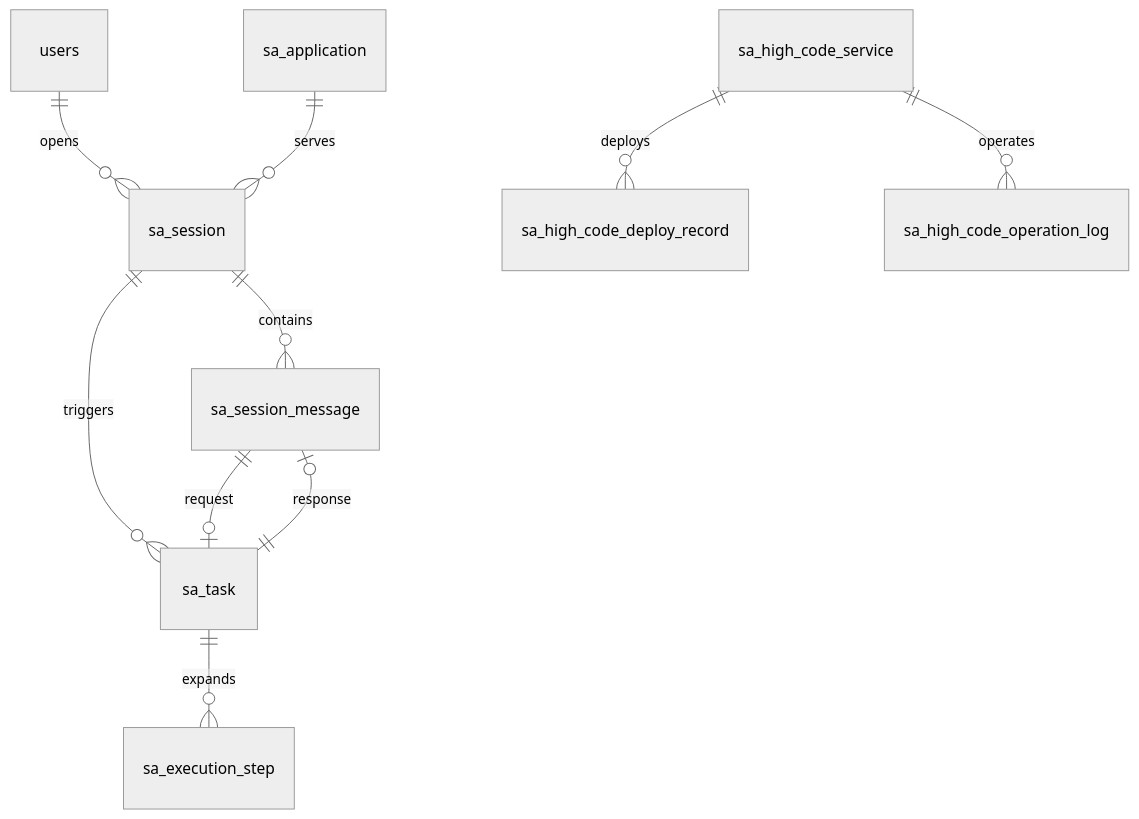
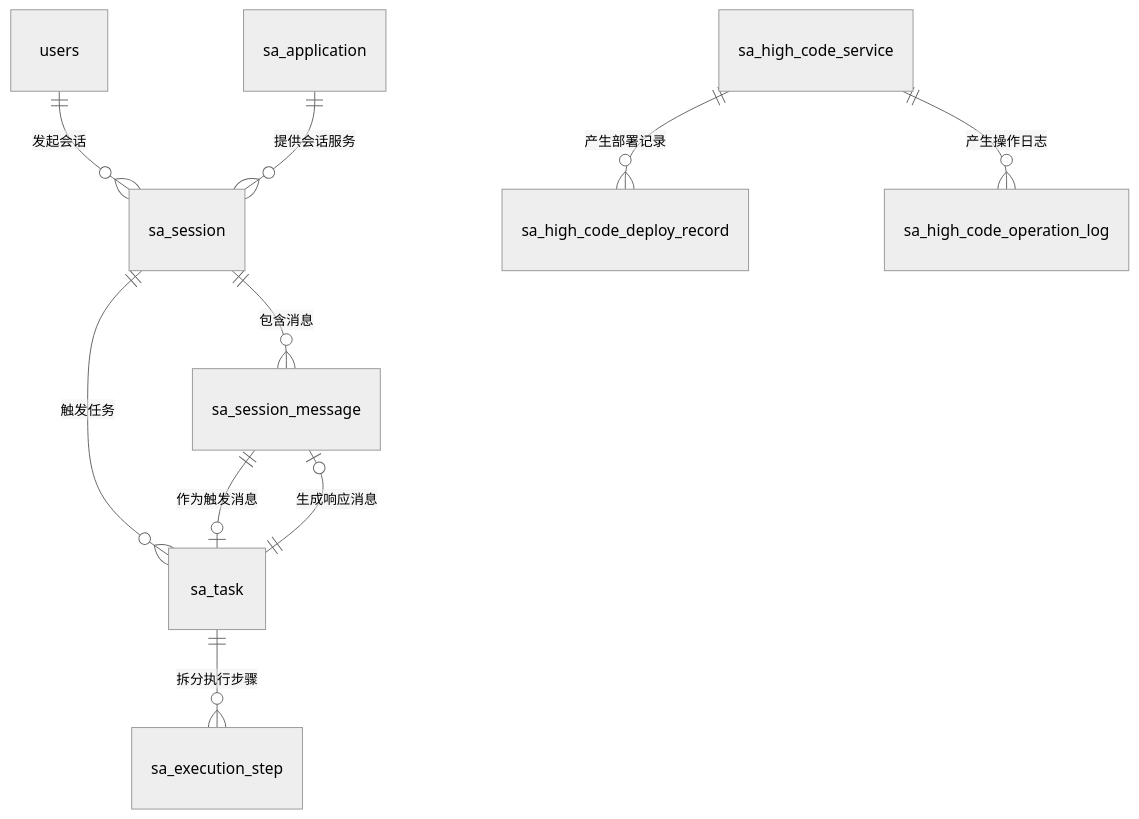
One commit to tenysys/spring-ai-alibaba changed the third of 5 diagrams in .claude/sophicAgent/数据库结构设计.md. Above: the diagram before and after it, drawn with Mermaid (neutral theme). The commit also changed other lines of this file and 9 other files, not shown here.

````diff
--- a/.claude/sophicAgent/数据库结构设计.md
+++ b/.claude/sophicAgent/数据库结构设计.md
@@ -350,12 +363,12 @@
 ```mermaid
 erDiagram
-    users ||--o{ sa_session : opens
-    sa_application ||--o{ sa_session : serves
-    sa_session ||--o{ sa_session_message : contains
-    sa_session ||--o{ sa_task : triggers
-    sa_session_message ||--o| sa_task : request
-    sa_task ||--o| sa_session_message : response
-    sa_task ||--o{ sa_execution_step : expands
-    sa_high_code_service ||--o{ sa_high_code_deploy_record : deploys
-    sa_high_code_service ||--o{ sa_high_code_operation_log : operates
+    users ||--o{ sa_session : 发起会话
+    sa_application ||--o{ sa_session : 提供会话服务
+    sa_session ||--o{ sa_session_message : 包含消息
+    sa_session ||--o{ sa_task : 触发任务
+    sa_session_message ||--o| sa_task : 作为触发消息
+    sa_task ||--o| sa_session_message : 生成响应消息
+    sa_task ||--o{ sa_execution_step : 拆分执行步骤
+    sa_high_code_service ||--o{ sa_high_code_deploy_record : 产生部署记录
+    sa_high_code_service ||--o{ sa_high_code_operation_log : 产生操作日志
 ```
````
